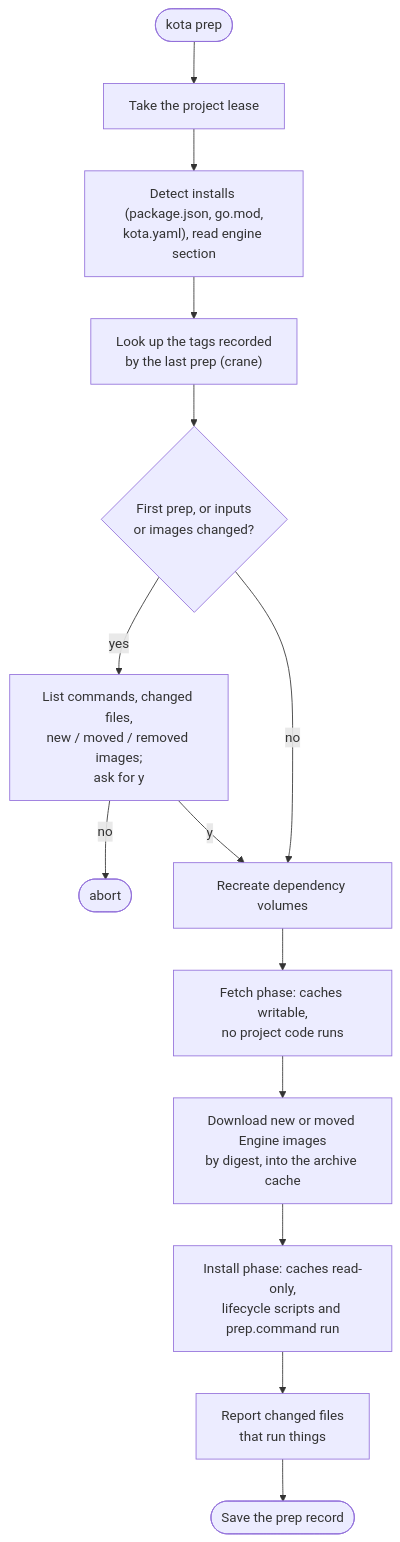
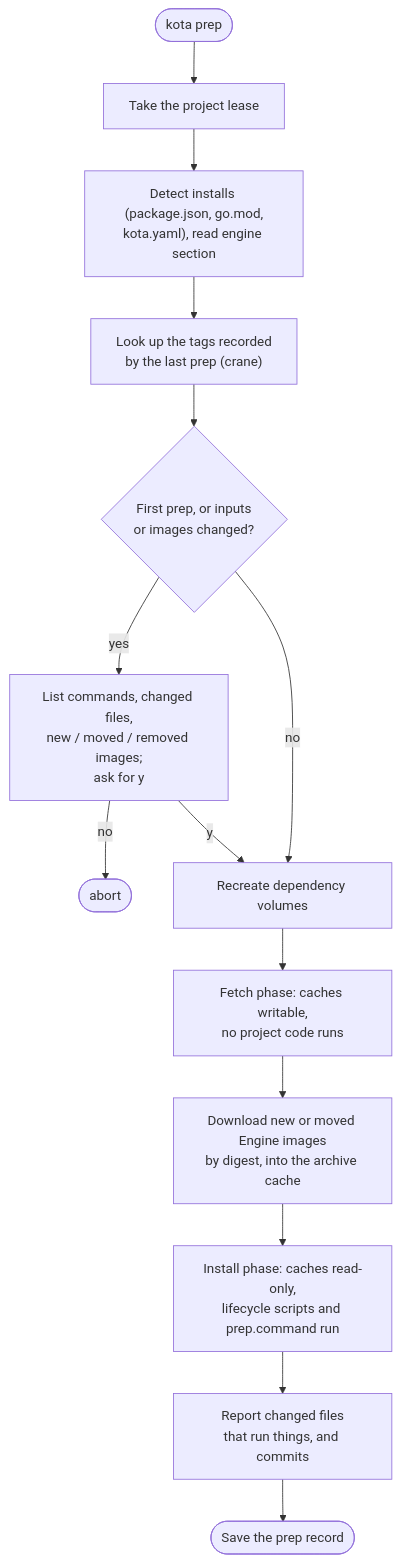
The fourth of 5 diagrams in docs/architecture.md (cyky/kota), drawn with Mermaid before and after one commit. The commit also changed other lines of this file, not shown here.

First line of the commit message:
docs: bring the architecture diagrams up to date

````diff
--- a/docs/architecture.md
+++ b/docs/architecture.md
@@ -98,16 +100,16 @@
 ```mermaid
 flowchart TD
     start(["kota prep"]) --> lease["Take the project lease"]
     lease --> plan["Detect installs (package.json, go.mod,<br/>kota.yaml), read engine section"]
     plan --> images["Look up the tags recorded<br/>by the last prep (crane)"]
     images --> gate{"First prep, or inputs<br/>or images changed?"}
     gate -- "yes" --> ask["List commands, changed files,<br/>new / moved / removed images;<br/>ask for y"]
     ask -- "no" --> abort(["abort"])
     gate -- "no" --> vols
     ask -- "y" --> vols["Recreate dependency volumes"]
     vols --> fetch["Fetch phase: caches writable,<br/>no project code runs"]
     fetch --> eimg["Download new or moved Engine images<br/>by digest, into the archive cache"]
     eimg --> install["Install phase: caches read-only,<br/>lifecycle scripts and prep.command run"]
-    install --> report["Report changed files<br/>that run things"]
+    install --> report["Report changed files<br/>that run things, and commits"]
     report --> record(["Save the prep record"])
 ```
````
